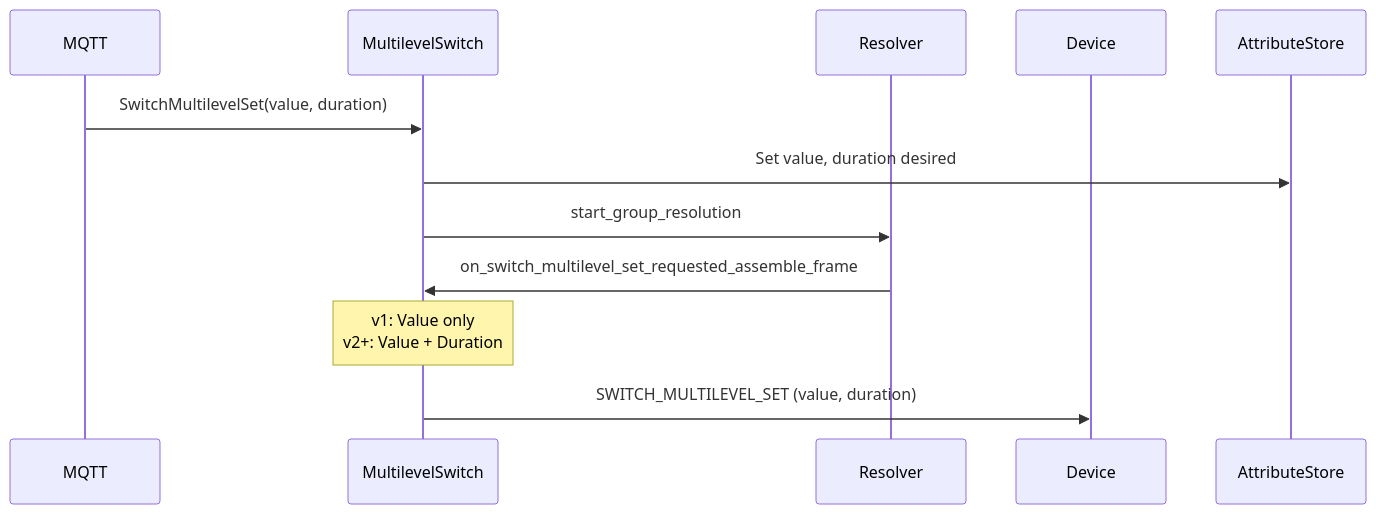
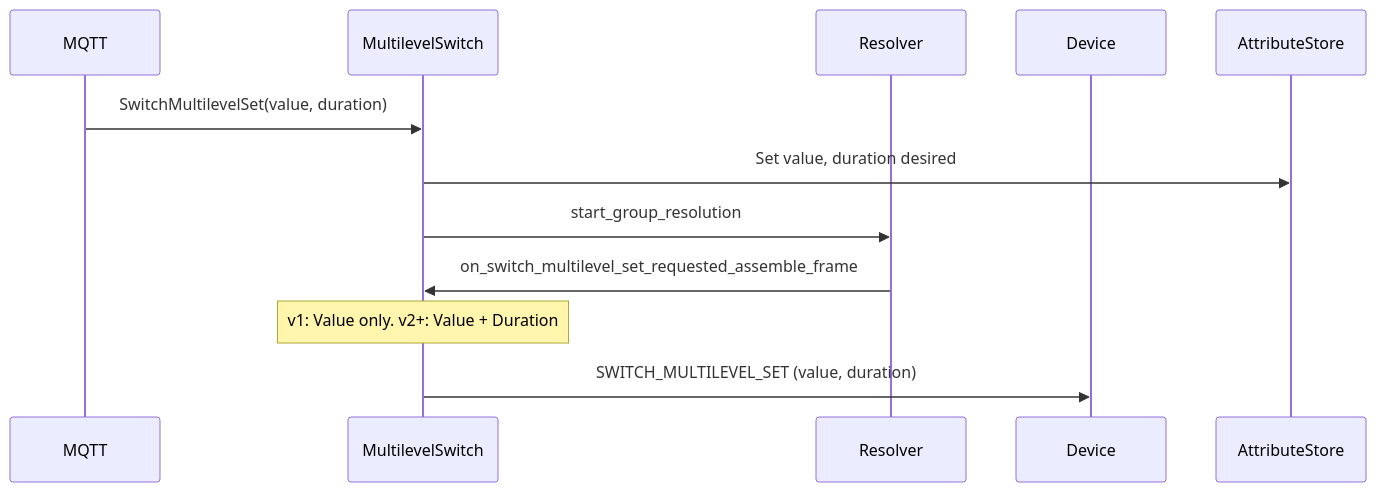
One commit to SiliconLabsSoftware/z-wave-protocol-controller changed the third of 6 diagrams in components/command_classes/command_class_switch_multilevel/doc/command_class_switch_multilevel.md. Above: the diagram before and after it, drawn with Mermaid. The commit also changed other lines of this file and 14 other files, not shown here.

First line of the commit message:
#100: Fix invalid mermaid diagrams and add CI checks (#104)

````diff
--- a/components/command_classes/command_class_switch_multilevel/doc/command_class_switch_multilevel.md
+++ b/components/command_classes/command_class_switch_multilevel/doc/command_class_switch_multilevel.md
@@ -58,15 +58,15 @@
 ```mermaid
 sequenceDiagram
     participant MQTT
     participant MultilevelSwitch
     participant Resolver
     participant Device
     participant AttributeStore
 
     MQTT->>MultilevelSwitch: SwitchMultilevelSet(value, duration)
     MultilevelSwitch->>AttributeStore: Set value, duration desired
     MultilevelSwitch->>Resolver: start_group_resolution
     Resolver->>MultilevelSwitch: on_switch_multilevel_set_requested_assemble_frame
-    Note over MultilevelSwitch: v1: Value only<br/>v2+: Value + Duration
+    Note over MultilevelSwitch: v1: Value only. v2+: Value + Duration
     MultilevelSwitch->>Device: SWITCH_MULTILEVEL_SET (value, duration)
 ```
````
